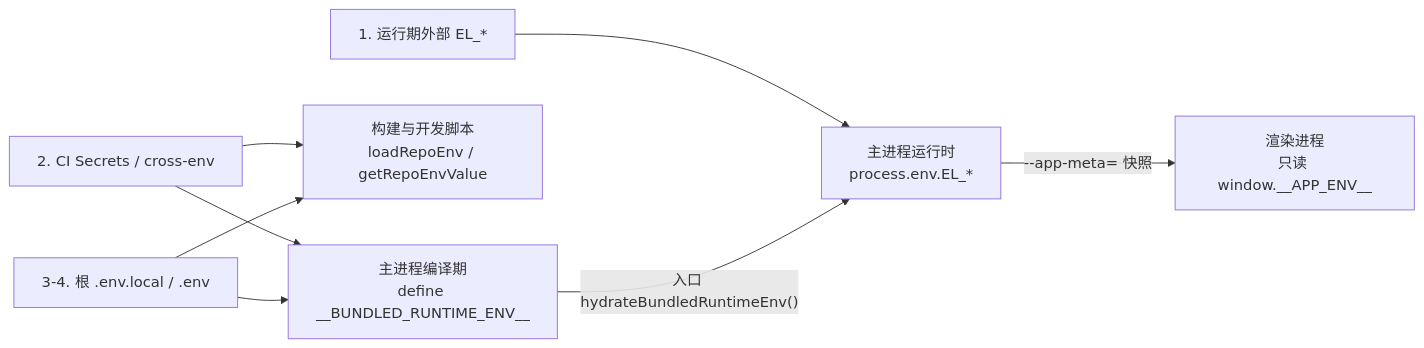
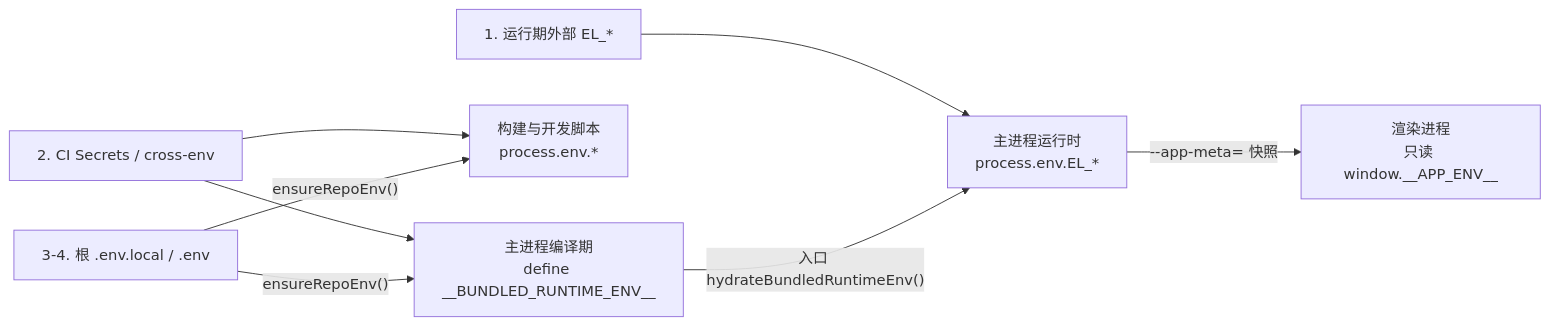
The diagram in packages/docs/src/pages/engineering/env-vars.md (BanShan-Alec/electron-react-monorepo-template), drawn with Mermaid before and after one commit. The commit also changed other lines of this file and 4 other files, not shown here.

Commit message:
docs(docs): 同步 CONTRIBUTING 与文档站至 ensureRepoEnv 入口

````diff
--- a/packages/docs/src/pages/engineering/env-vars.md
+++ b/packages/docs/src/pages/engineering/env-vars.md
@@ -30,10 +30,10 @@
 ```mermaid
 flowchart LR
   S1["1. 运行期外部 EL_*"] --> MRun
   S2["2. CI Secrets / cross-env"] --> Build
   S2 --> MBuild
-  S3["3-4. 根 .env.local / .env"] --> Build["构建与开发脚本<br/>loadRepoEnv / getRepoEnvValue"]
-  S3 --> MBuild["主进程编译期<br/>define __BUNDLED_RUNTIME_ENV__"]
+  S3["3-4. 根 .env.local / .env"] -->|"ensureRepoEnv()"| Build["构建与开发脚本<br/>process.env.*"]
+  S3 -->|"ensureRepoEnv()"| MBuild["主进程编译期<br/>define __BUNDLED_RUNTIME_ENV__"]
   MBuild -->|"入口 hydrateBundledRuntimeEnv()"| MRun["主进程运行时<br/>process.env.EL_*"]
   MRun -->|"--app-meta= 快照"| RRun["渲染进程<br/>只读 window.__APP_ENV__"]
 ```
````
